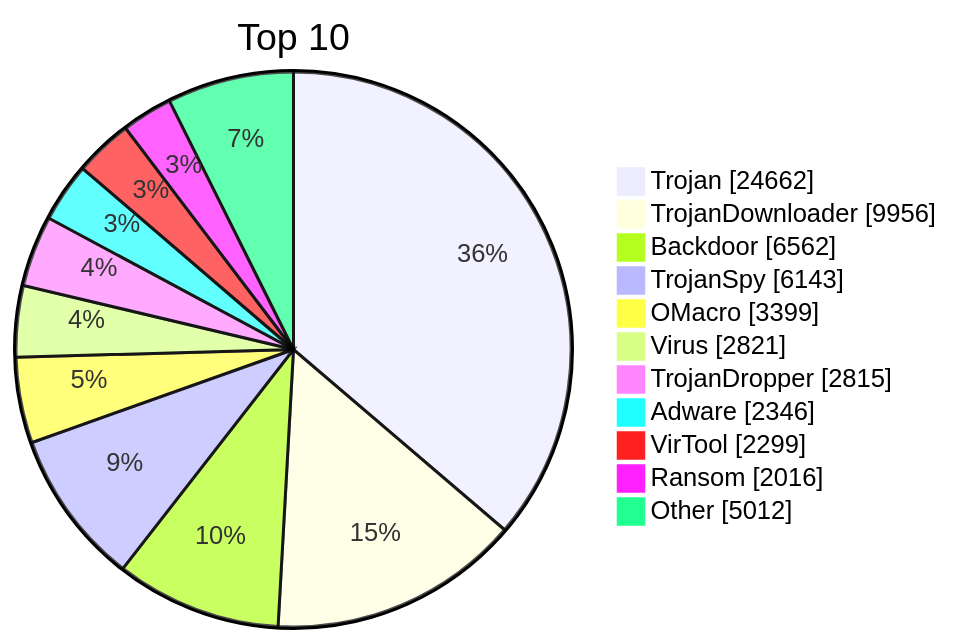
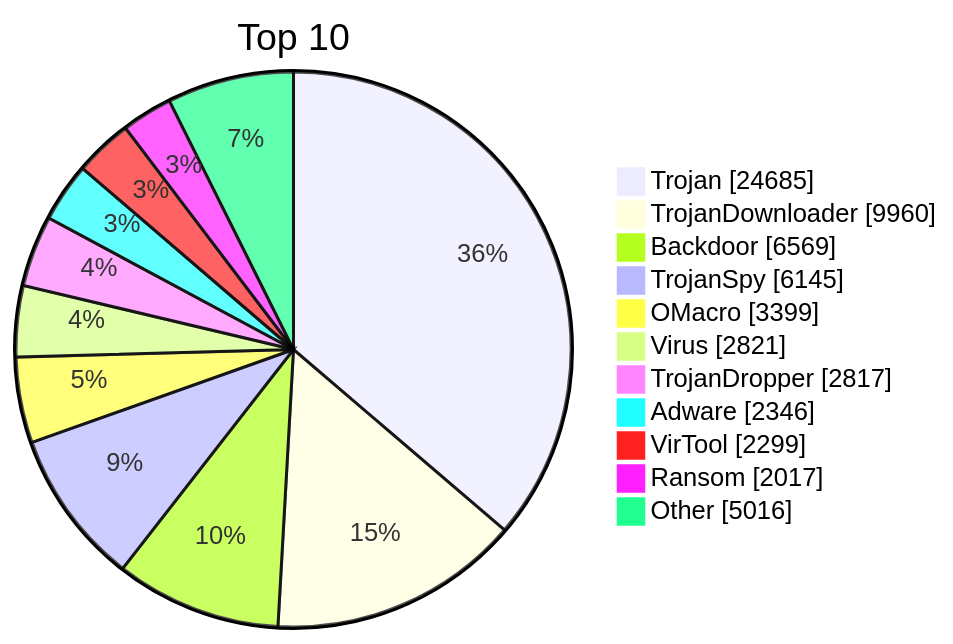
The diagram in README.md (JerryLinLinLin/huorong-virdb-changelog), drawn with Mermaid before and after one commit. The commit also changed other lines of this file and 15 other files, not shown here.

````diff
--- a/README.md
+++ b/README.md
@@ -19,15 +19,15 @@
 ```mermaid
 pie showData
     title Top 10
-    "Trojan" : 24662
-    "TrojanDownloader" : 9956
-    "Backdoor" : 6562
-    "TrojanSpy" : 6143
+    "Trojan" : 24685
+    "TrojanDownloader" : 9960
+    "Backdoor" : 6569
+    "TrojanSpy" : 6145
     "OMacro" : 3399
     "Virus" : 2821
-    "TrojanDropper" : 2815
+    "TrojanDropper" : 2817
     "Adware" : 2346
     "VirTool" : 2299
-    "Ransom" : 2016
-    "Other" : 5012
+    "Ransom" : 2017
+    "Other" : 5016
 ```
````
